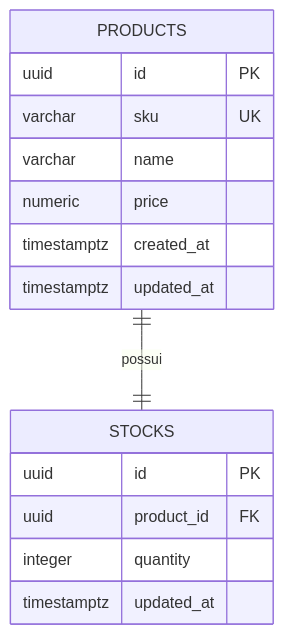
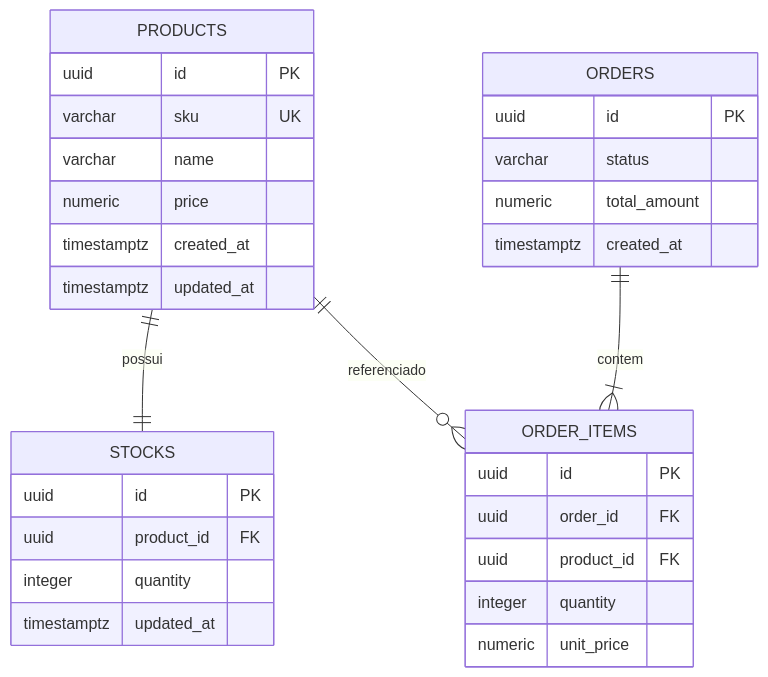
One commit to nevvesdev/inventory-guard changed the third of 3 diagrams in README.md. Above: the diagram before and after it, drawn with Mermaid. The commit also changed other lines of this file, not shown here.

````diff
--- a/README.md
+++ b/README.md
@@ -76,18 +103,33 @@
 ```mermaid
 erDiagram
     PRODUCTS ||--|| STOCKS : possui
+    PRODUCTS ||--o{ ORDER_ITEMS : referenciado
+    ORDERS ||--|{ ORDER_ITEMS : contem
     PRODUCTS {
         uuid id PK
         varchar sku UK
         varchar name
         numeric price
         timestamptz created_at
         timestamptz updated_at
     }
     STOCKS {
         uuid id PK
         uuid product_id FK
         integer quantity
         timestamptz updated_at
     }
+    ORDERS {
+        uuid id PK
+        varchar status
+        numeric total_amount
+        timestamptz created_at
+    }
+    ORDER_ITEMS {
+        uuid id PK
+        uuid order_id FK
+        uuid product_id FK
+        integer quantity
+        numeric unit_price
+    }
 ```
````
